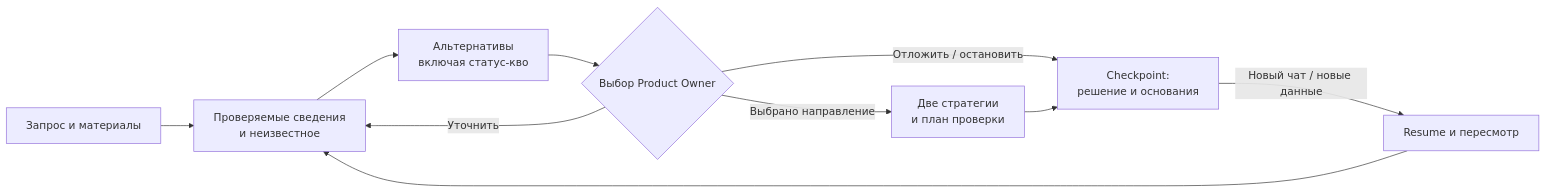
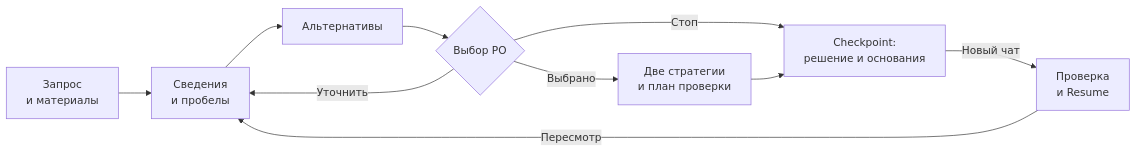
One commit to EdYaRdx/megafon_hack changed the diagram in README.md. Above: the diagram before and after it, drawn with Mermaid. The commit also changed other lines of this file and 14 other files, not shown here.

````diff
--- a/README.md
+++ b/README.md
@@ -13,12 +19,12 @@
 ```mermaid
 flowchart LR
-  A["Запрос и материалы"] --> B["Проверяемые сведения<br/>и неизвестное"]
-  B --> C["Альтернативы<br/>включая статус-кво"]
-  C --> D{"Выбор Product Owner"}
-  D -->|"Выбрано направление"| E["Две стратегии<br/>и план проверки"]
+  A["Запрос<br/>и материалы"] --> B["Сведения<br/>и пробелы"]
+  B --> C["Альтернативы"]
+  C --> D{"Выбор PO"}
+  D -->|"Выбрано"| E["Две стратегии<br/>и план проверки"]
   D -->|"Уточнить"| B
-  D -->|"Отложить / остановить"| F
+  D -->|"Стоп"| F
   E --> F["Checkpoint:<br/>решение и основания"]
-  F -->|"Новый чат / новые данные"| G["Resume и пересмотр"]
-  G --> B
+  F -->|"Новый чат"| G["Проверка<br/>и Resume"]
+  G -->|"Пересмотр"| B
 ```
````
